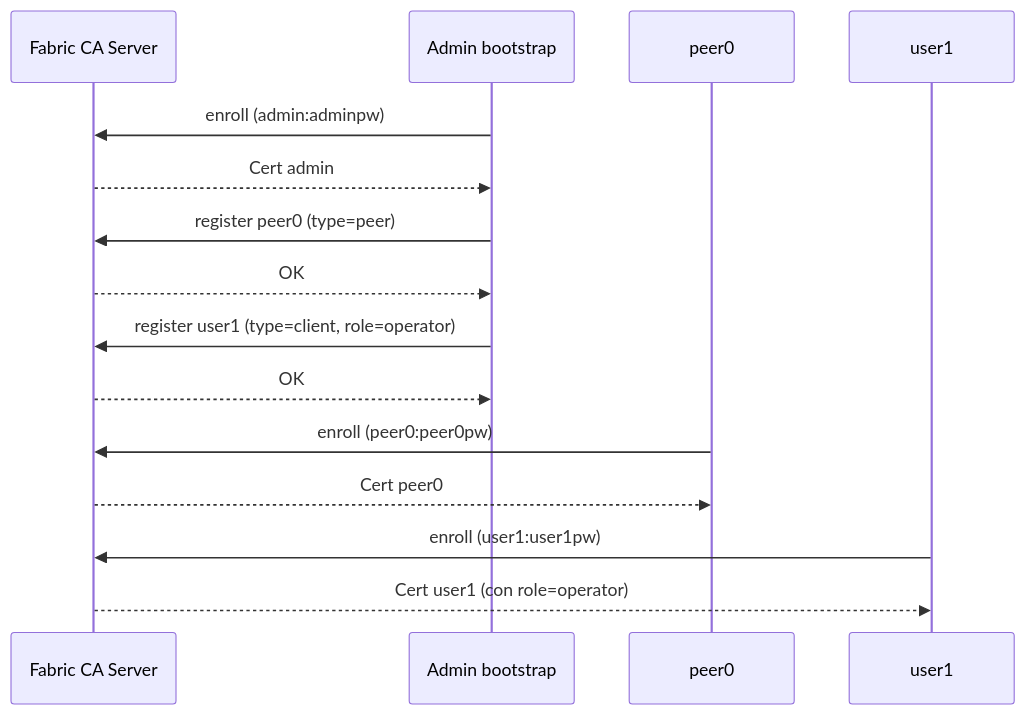
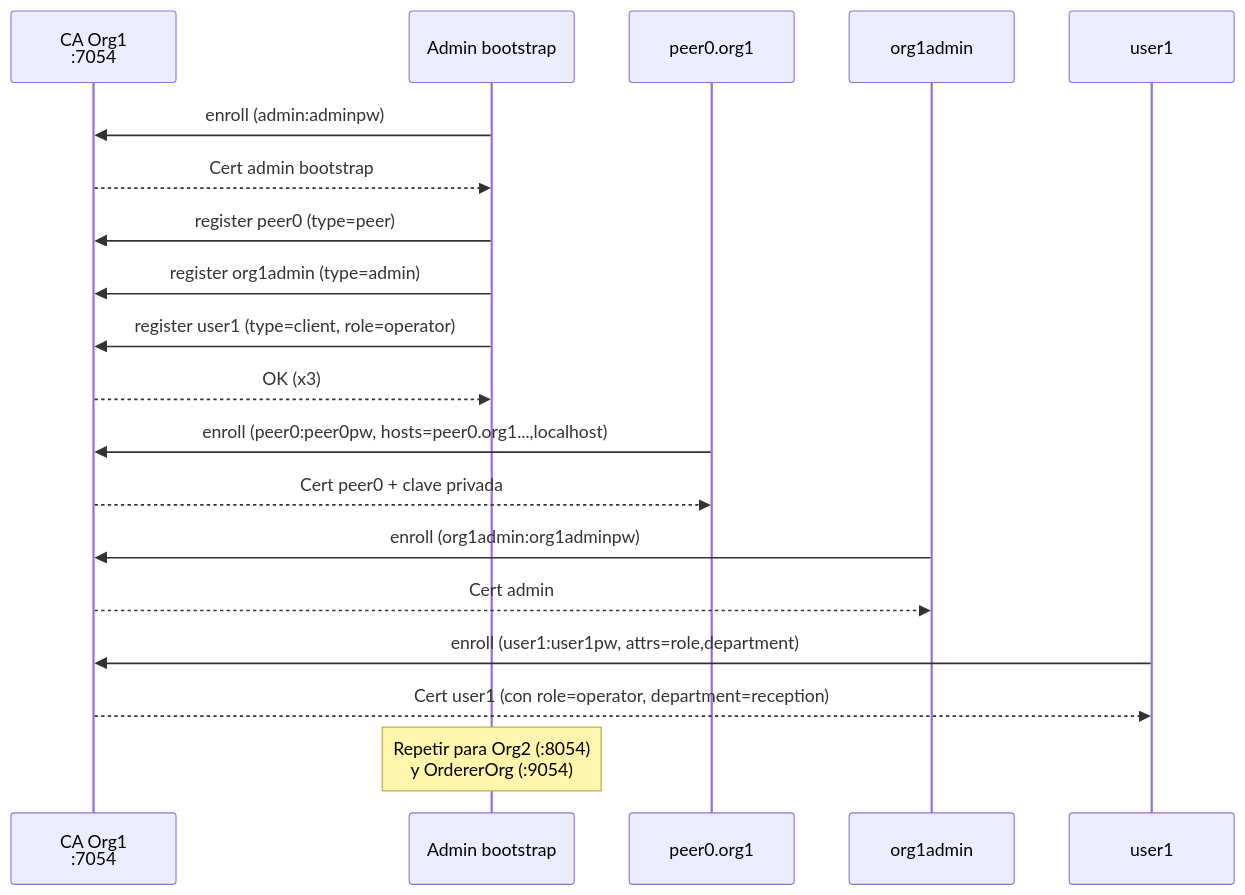
One commit to jjnieto/fabric changed the sixth of 7 diagrams in docs/05-fabric-ca.md. Above: the diagram before and after it, drawn with Mermaid. The commit also changed other lines of this file, not shown here.

First line of the commit message:
Reescribir doc 05: tutorial completo de Fabric CA con red funcional

````diff
--- a/docs/05-fabric-ca.md
+++ b/docs/05-fabric-ca.md
@@ -233,22 +422,27 @@
 ```mermaid
 sequenceDiagram
-    participant CA as Fabric CA Server
+    participant CA as CA Org1<br/>:7054
     participant Admin as Admin bootstrap
-    participant Peer as peer0
+    participant Peer as peer0.org1
+    participant OrgAdmin as org1admin
     participant User as user1
 
     Admin->>CA: enroll (admin:adminpw)
-    CA-->>Admin: Cert admin
+    CA-->>Admin: Cert admin bootstrap
 
     Admin->>CA: register peer0 (type=peer)
-    CA-->>Admin: OK
+    Admin->>CA: register org1admin (type=admin)
+    Admin->>CA: register user1 (type=client, role=operator)
+    CA-->>Admin: OK (x3)
 
-    Admin->>CA: register user1 (type=client, role=operator)
-    CA-->>Admin: OK
+    Peer->>CA: enroll (peer0:peer0pw, hosts=peer0.org1...,localhost)
+    CA-->>Peer: Cert peer0 + clave privada
 
-    Peer->>CA: enroll (peer0:peer0pw)
-    CA-->>Peer: Cert peer0
+    OrgAdmin->>CA: enroll (org1admin:org1adminpw)
+    CA-->>OrgAdmin: Cert admin
 
-    User->>CA: enroll (user1:user1pw)
-    CA-->>User: Cert user1 (con role=operator)
+    User->>CA: enroll (user1:user1pw, attrs=role,department)
+    CA-->>User: Cert user1 (con role=operator, department=reception)
+
+    Note over Admin: Repetir para Org2 (:8054)<br/>y OrdererOrg (:9054)
 ```
````
